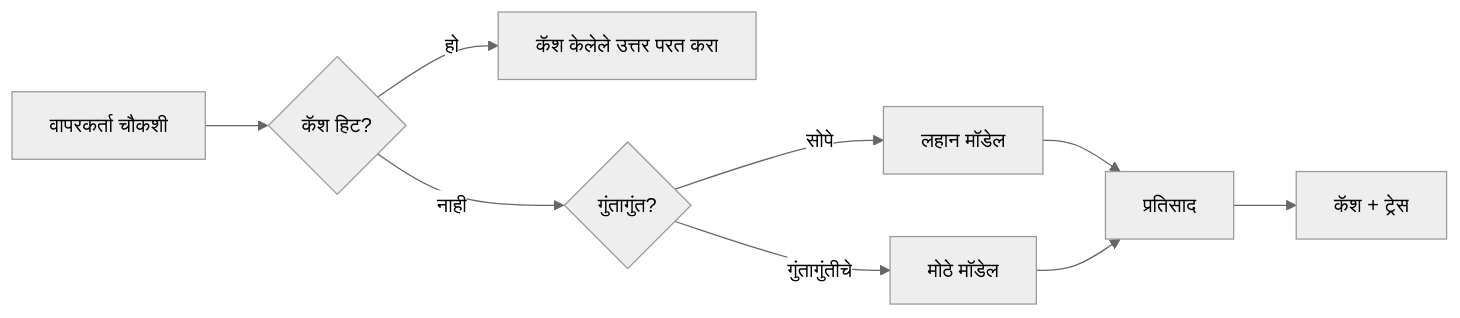
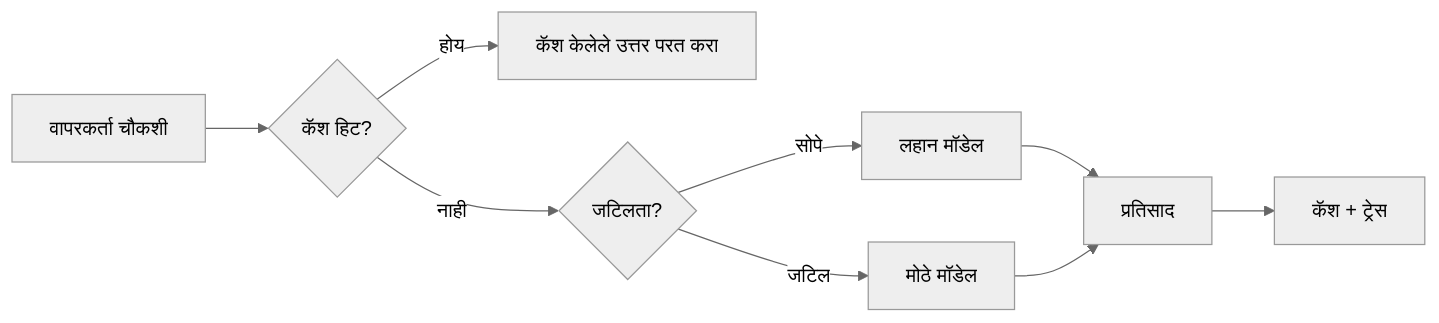
The third of 4 diagrams in translations/mr/16-deploying-scalable-agents/README.md (microsoft/ai-agents-for-beginners), drawn with Mermaid (neutral theme) before and after one commit. The commit also changed other lines of this file and 45 other files, not shown here.

````diff
--- a/translations/mr/16-deploying-scalable-agents/README.md
+++ b/translations/mr/16-deploying-scalable-agents/README.md
@@ -134,11 +134,11 @@
 ```mermaid
 flowchart LR
     Q[वापरकर्ता चौकशी] --> C{कॅश हिट?}
-    C -->|हो| R[कॅश केलेले उत्तर परत करा]
-    C -->|नाही| Router{गुंतागुंत?}
+    C -->|होय| R[कॅश केलेले उत्तर परत करा]
+    C -->|नाही| Router{जटिलता?}
     Router -->|सोपे| SLM[लहान मॉडेल]
-    Router -->|गुंतागुंतीचे| LLM[मोठे मॉडेल]
+    Router -->|जटिल| LLM[मोठे मॉडेल]
     SLM --> Out[प्रतिसाद]
     LLM --> Out
     Out --> Store[कॅश + ट्रेस]
 ```
````
